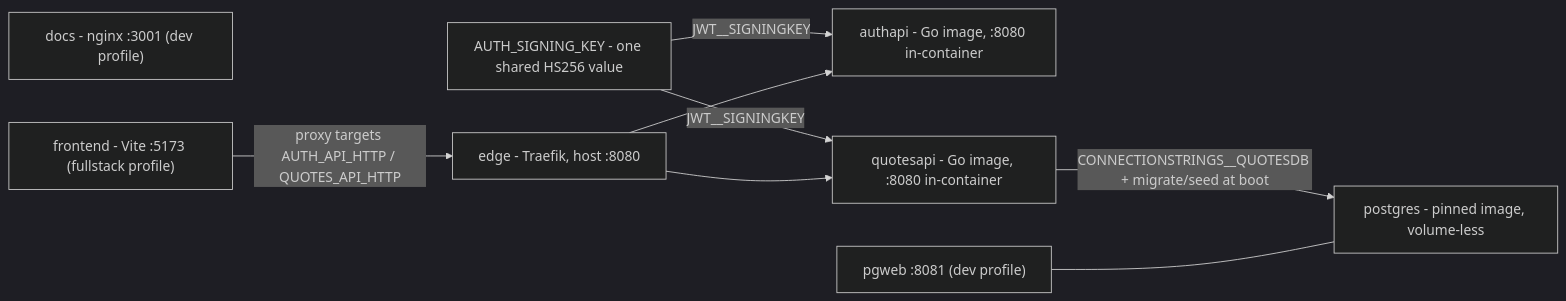
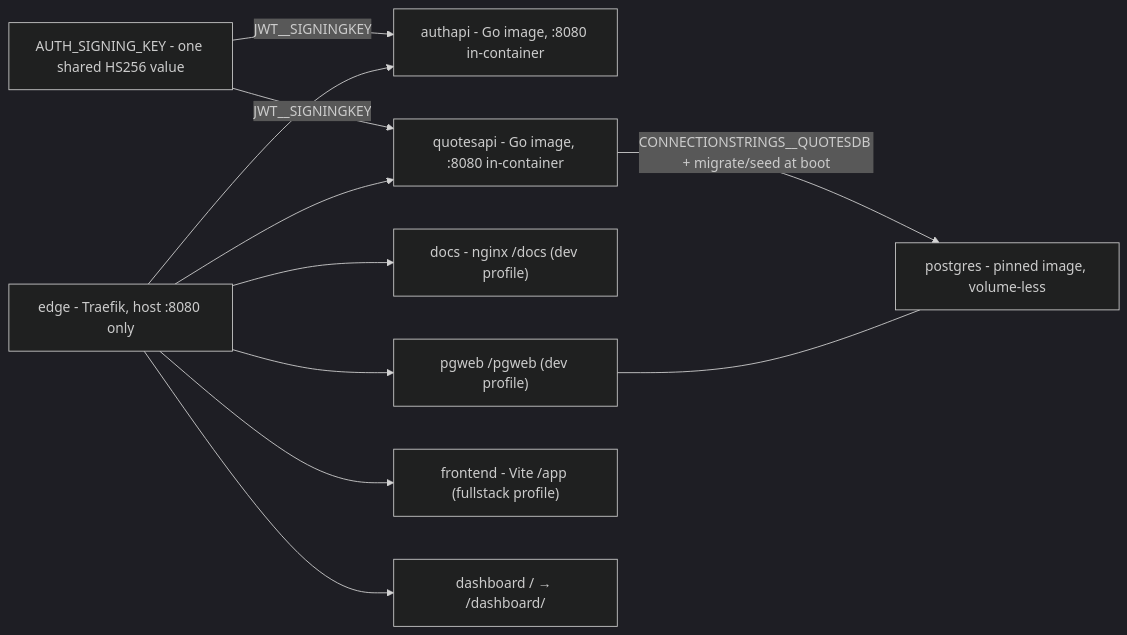
Before and after one commit to josnelihurt/code.examples.go.quotes: the second of 3 diagrams in docs/system-design.md, drawn with Mermaid (dark theme). The commit also changed other lines of this file and 11 other files, not shown here.

First line of the commit message:
feat: route docs pgweb and spa through one traefik port (#38)

````diff
--- a/docs/system-design.md
+++ b/docs/system-design.md
@@ -40,19 +42,23 @@
 ```mermaid
 flowchart LR
   key["AUTH_SIGNING_KEY - one shared HS256 value"]
   pg["postgres - pinned image, volume-less"]
   auth["authapi - Go image, :8080 in-container"]
   quotes["quotesapi - Go image, :8080 in-container"]
-  edge["edge - Traefik, host :8080"]
-  docs["docs - nginx :3001 (dev profile)"]
-  pgweb["pgweb :8081 (dev profile)"]
-  vite["frontend - Vite :5173 (fullstack profile)"]
+  edge["edge - Traefik, host :8080 only"]
+  docs["docs - nginx /docs (dev profile)"]
+  pgweb["pgweb /pgweb (dev profile)"]
+  vite["frontend - Vite /app (fullstack profile)"]
+  dash["dashboard / → /dashboard/"]
 
   key -->|"JWT__SIGNINGKEY"| auth
   key -->|"JWT__SIGNINGKEY"| quotes
   quotes -->|"CONNECTIONSTRINGS__QUOTESDB + migrate/seed at boot"| pg
   pgweb --- pg
   edge --> auth
   edge --> quotes
-  vite -->|"proxy targets AUTH_API_HTTP / QUOTES_API_HTTP"| edge
+  edge --> docs
+  edge --> pgweb
+  edge --> vite
+  edge --> dash
 ```
````
